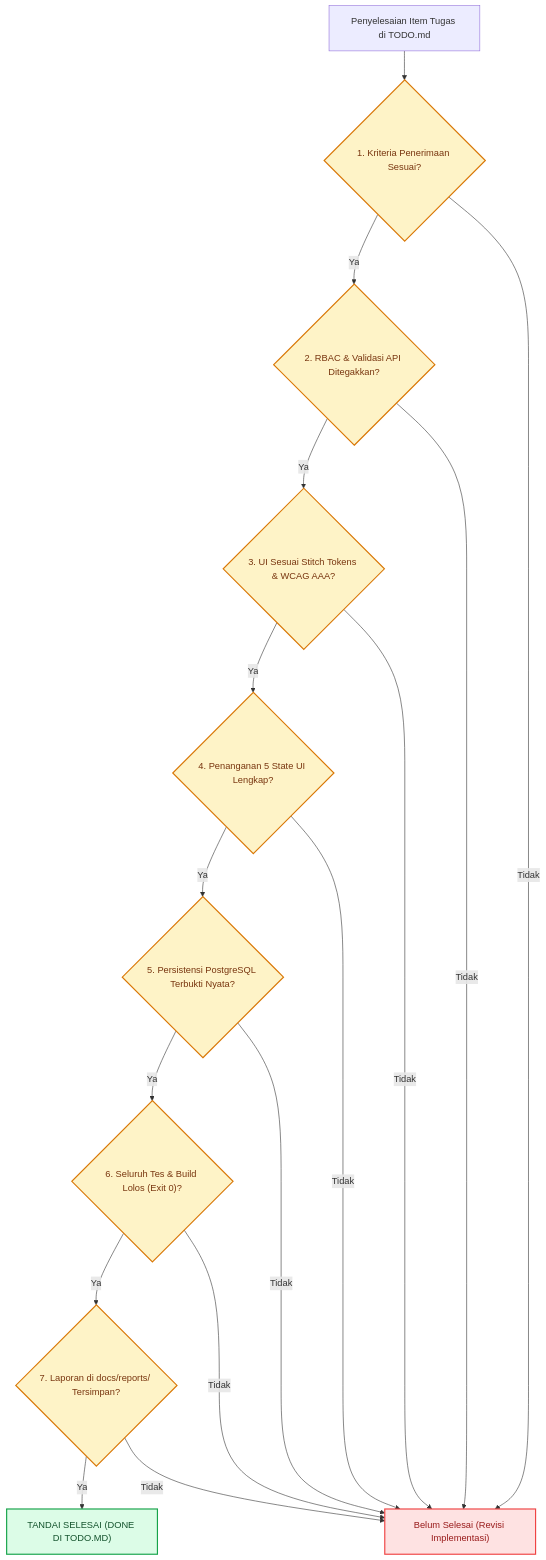
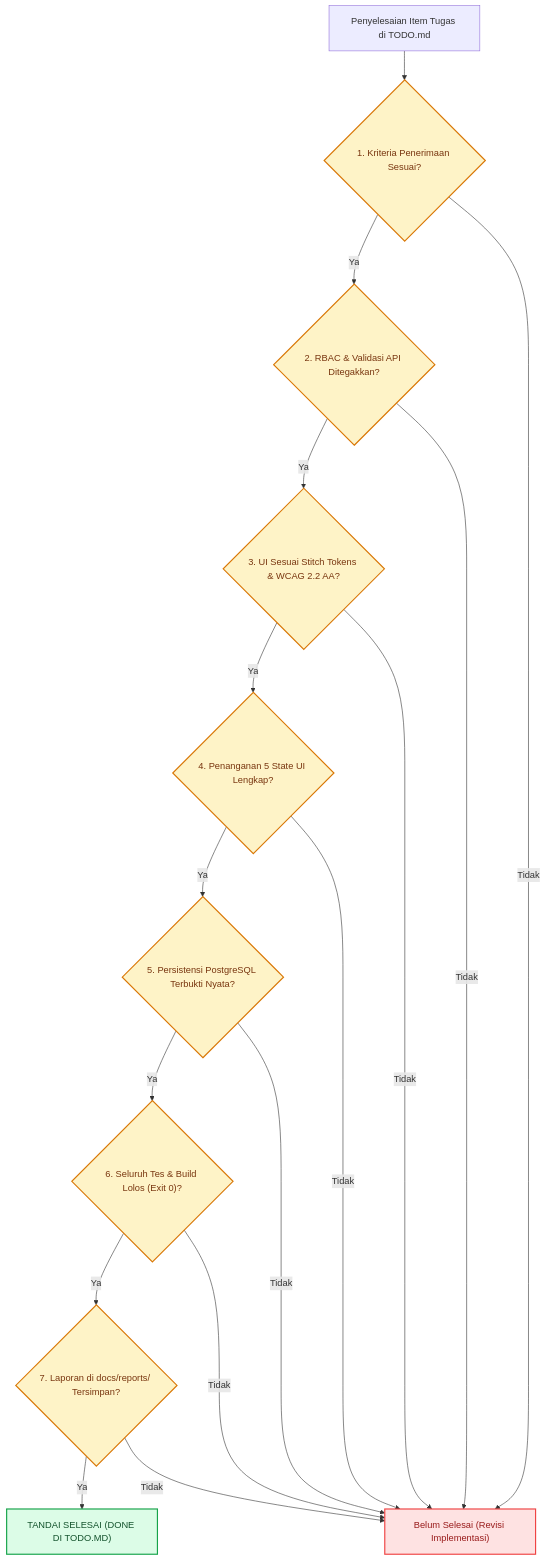
The fifth of 5 diagrams in docs/4_AGENT_DEV_GUIDELINES.md (oneilreyand/qlickhub), drawn with Mermaid before and after one commit. The commit also changed other lines of this file and 18 other files, not shown here.

````diff
--- a/docs/4_AGENT_DEV_GUIDELINES.md
+++ b/docs/4_AGENT_DEV_GUIDELINES.md
@@ -397,32 +404,32 @@
 ```mermaid
 graph TD
     TaskSubmit["Penyelesaian Item Tugas di TODO.md"] --> C1{"1. Kriteria Penerimaan Sesuai?"}
     C1 -- "Ya" --> C2{"2. RBAC & Validasi API Ditegakkan?"}
     C1 -- "Tidak" --> Reject["Belum Selesai (Revisi Implementasi)"]
 
-    C2 -- "Ya" --> C3{"3. UI Sesuai Stitch Tokens & WCAG AAA?"}
+    C2 -- "Ya" --> C3{"3. UI Sesuai Stitch Tokens & WCAG 2.2 AA?"}
     C2 -- "Tidak" --> Reject
 
     C3 -- "Ya" --> C4{"4. Penanganan 5 State UI Lengkap?"}
     C3 -- "Tidak" --> Reject
 
     C4 -- "Ya" --> C5{"5. Persistensi PostgreSQL Terbukti Nyata?"}
     C4 -- "Tidak" --> Reject
 
     C5 -- "Ya" --> C6{"6. Seluruh Tes & Build Lolos (Exit 0)?"}
     C5 -- "Tidak" --> Reject
 
     C6 -- "Ya" --> C7{"7. Laporan di docs/reports/ Tersimpan?"}
     C6 -- "Tidak" --> Reject
 
     C7 -- "Ya" --> DoneMark["TANDAI SELESAI (DONE DI TODO.MD)"]
     C7 -- "Tidak" --> Reject
 
     classDef pass fill:#DCFCE7,stroke:#16A34A,stroke-width:2px,color:#14532D;
     classDef fail fill:#FEE2E2,stroke:#EF4444,stroke-width:2px,color:#991B1B;
     classDef check fill:#FEF3C7,stroke:#D97706,stroke-width:2px,color:#78350F;
 
     class DoneMark pass;
     class Reject fail;
     class C1,C2,C3,C4,C5,C6,C7 check;
 ```
````
